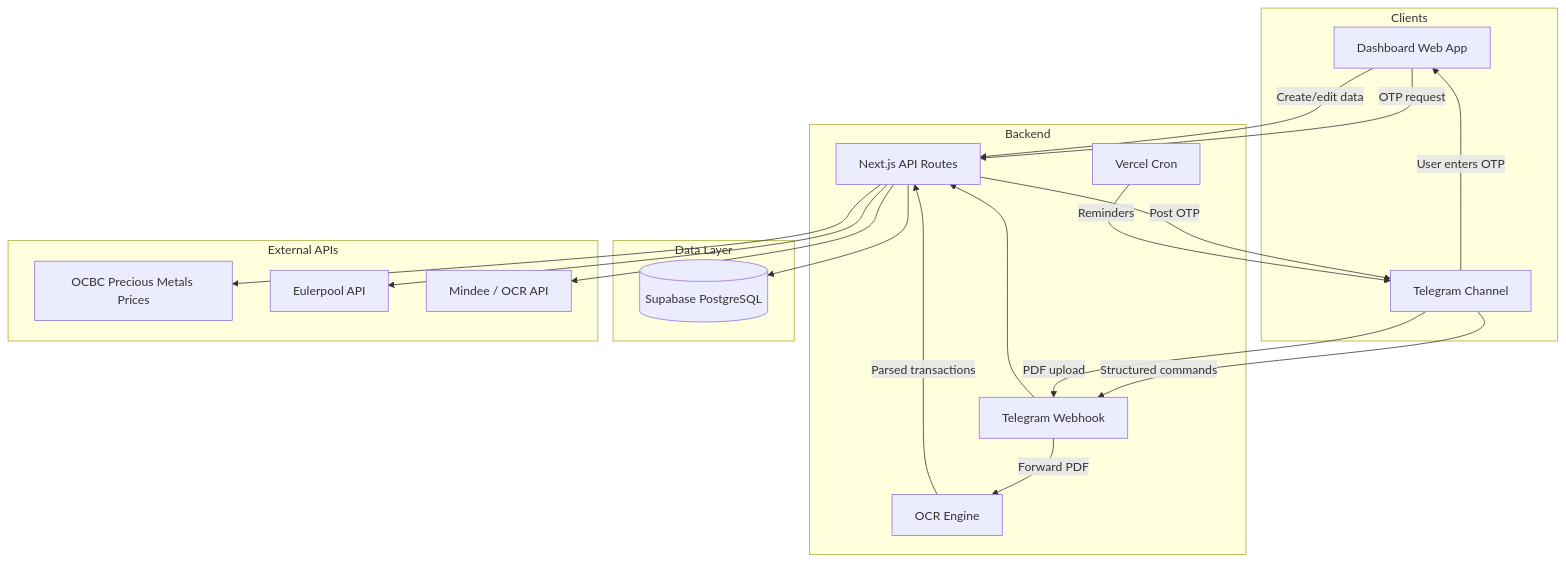
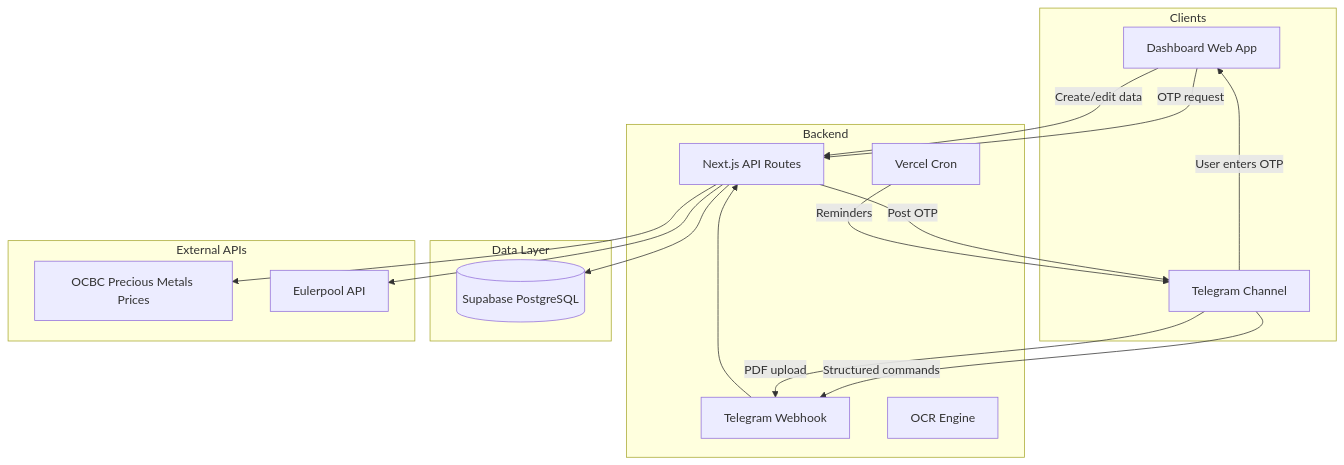
One commit to ivanyeors/fdb-tracker changed the diagram in docs/finance_tracking_dashboard_plan_v2.md. Above: the diagram before and after it, drawn with Mermaid. The commit also changed other lines of this file and 6 other files, not shown here.

First line of the commit message:
Remove Mindee OCR feature - not free

````diff
--- a/docs/finance_tracking_dashboard_plan_v2.md
+++ b/docs/finance_tracking_dashboard_plan_v2.md
@@ -5,39 +5,35 @@
 ```mermaid
 flowchart TB
     subgraph clients [Clients]
         Web[Dashboard Web App]
         TG[Telegram Channel]
     end
 
     subgraph backend [Backend]
         API[Next.js API Routes]
         Webhook[Telegram Webhook]
         Cron[Vercel Cron]
         OCR[OCR Engine]
     end
 
     subgraph data [Data Layer]
         Supabase[(Supabase PostgreSQL)]
     end
 
     subgraph external [External APIs]
         OCBC_PM[OCBC Precious Metals Prices]
         Eulerpool[Eulerpool API]
-        MindeeOCR[Mindee / OCR API]
     end
 
     Web -->|OTP request| API
     API -->|Post OTP| TG
     TG -->|User enters OTP| Web
     TG -->|Structured commands| Webhook
     TG -->|PDF upload| Webhook
-    Webhook -->|Forward PDF| OCR
-    OCR -->|Parsed transactions| API
     Web -->|Create/edit data| API
     Webhook --> API
     Cron -->|Reminders| TG
     API --> Supabase
     API --> OCBC_PM
     API --> Eulerpool
-    API --> MindeeOCR
 ```
````
